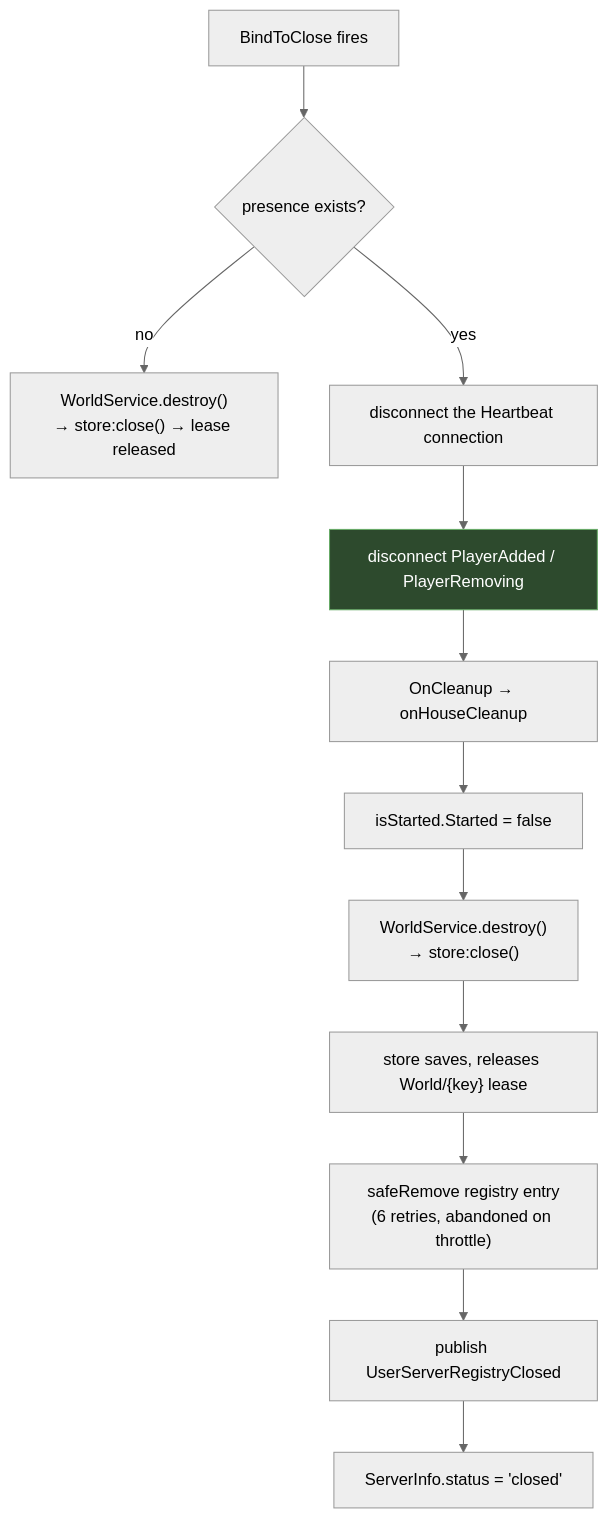
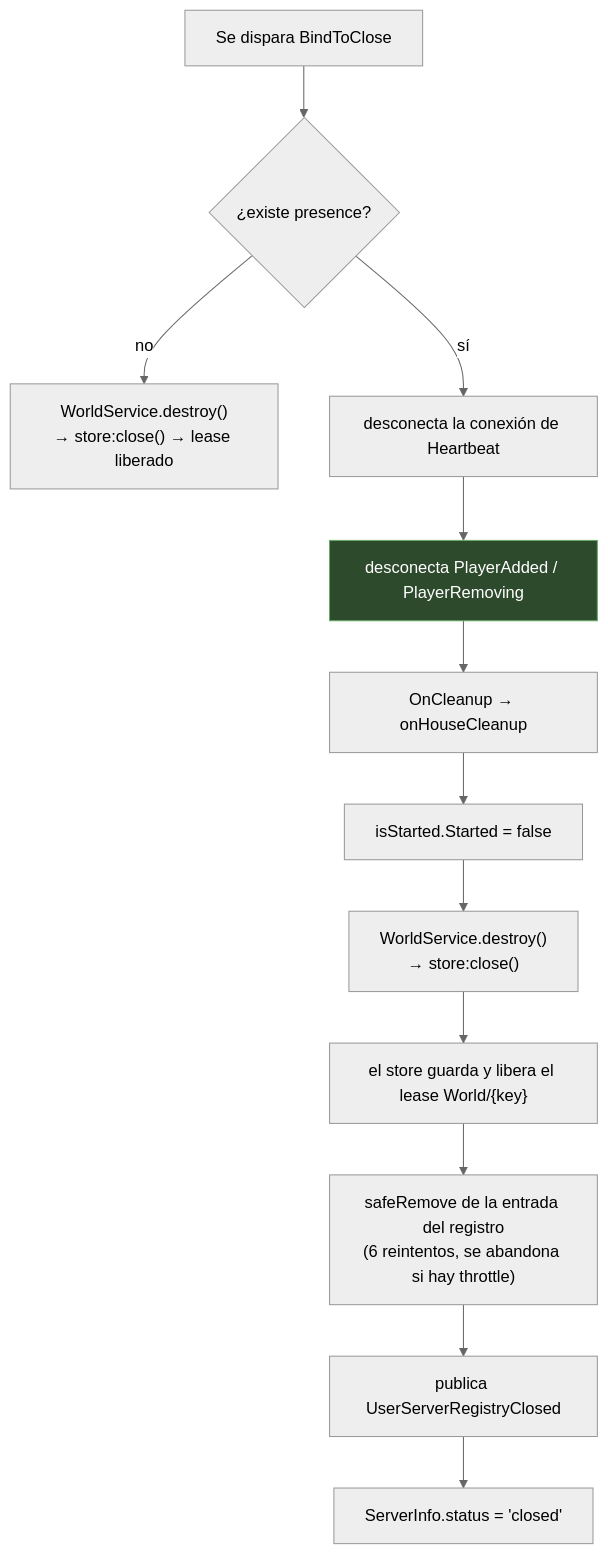
The second of 2 diagrams in docs/systems/housing/server-lifecycle.md (Arclyne/voz-hispana), drawn with Mermaid (neutral theme) before and after one commit. The commit also changed other lines of this file and 6 other files, not shown here.

````diff
--- a/docs/systems/housing/server-lifecycle.md
+++ b/docs/systems/housing/server-lifecycle.md
@@ -160,16 +164,16 @@
 ```mermaid
 flowchart TD
-    A["BindToClose fires"] --> B{"presence exists?"}
-    B -- no --> Z["WorldService.destroy()<br/>→ store:close() → lease released"]
-    B -- yes --> C["disconnect the Heartbeat connection"]
-    C --> D["disconnect PlayerAdded / PlayerRemoving"]
+    A["Se dispara BindToClose"] --> B{"¿existe presence?"}
+    B -- no --> Z["WorldService.destroy()<br/>→ store:close() → lease liberado"]
+    B -- sí --> C["desconecta la conexión de Heartbeat"]
+    C --> D["desconecta PlayerAdded / PlayerRemoving"]
     D --> E["OnCleanup → onHouseCleanup"]
     E --> F["isStarted.Started = false"]
     F --> G["WorldService.destroy()<br/>→ store:close()"]
-    G --> H["store saves, releases World/{key} lease"]
-    H --> I["safeRemove registry entry<br/>(6 retries, abandoned on throttle)"]
-    I --> J["publish UserServerRegistryClosed"]
+    G --> H["el store guarda y libera el lease World/{key}"]
+    H --> I["safeRemove de la entrada del registro<br/>(6 reintentos, se abandona si hay throttle)"]
+    I --> J["publica UserServerRegistryClosed"]
     J --> K["ServerInfo.status = 'closed'"]
 
     style D fill:#2d4a2d,stroke:#6a6,color:#fff
 ```
````
